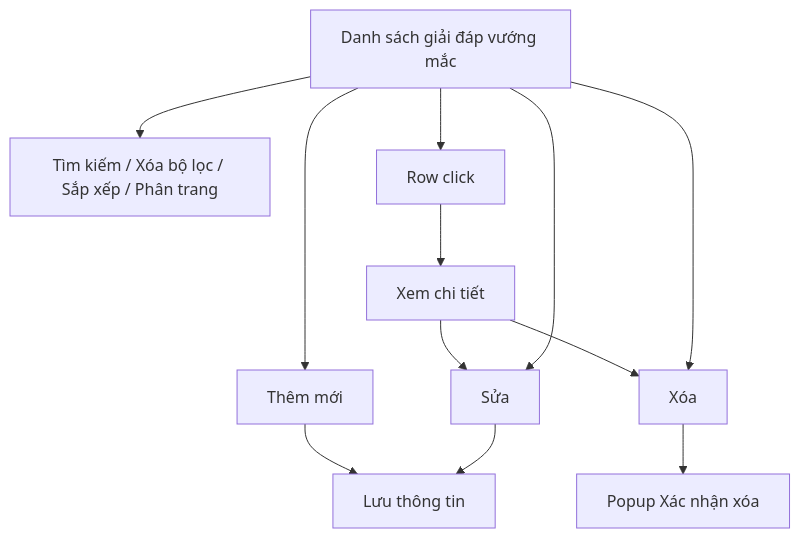
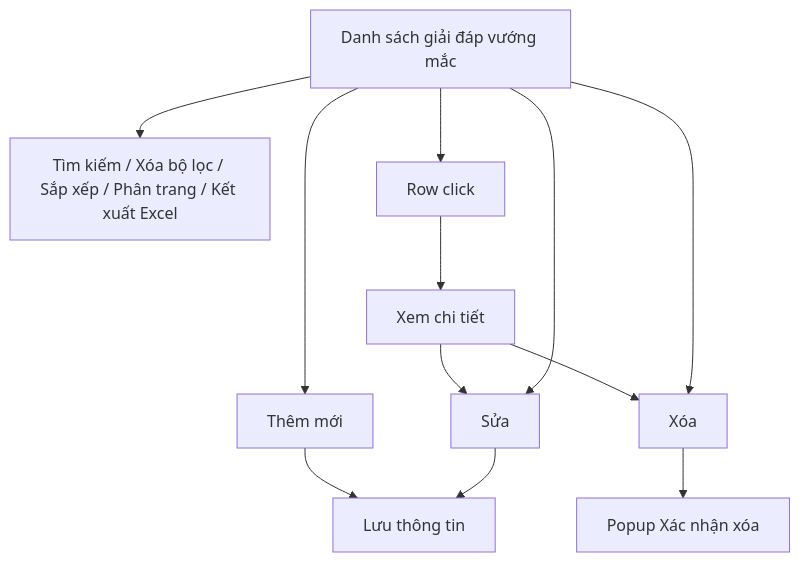
The diagram in Tai_lieu_SRS/03_Website_Quan_tri/03_Cong_tac_boi_thuong/SRS_BTNN_BTP_GiaiDap_VuongMac.md (huyendt2007/BPBD_UI), drawn with Mermaid before and after one commit. The commit also changed other lines of this file and 155 other files, not shown here.

First line of the commit message:
feat(btnn): Kết xuất Excel 16 module, Tài liệu đính kèm, Bị trả lại, E-Form DVC

````diff
--- a/Tai_lieu_SRS/03_Website_Quan_tri/03_Cong_tac_boi_thuong/SRS_BTNN_BTP_GiaiDap_VuongMac.md
+++ b/Tai_lieu_SRS/03_Website_Quan_tri/03_Cong_tac_boi_thuong/SRS_BTNN_BTP_GiaiDap_VuongMac.md
@@ -25,10 +25,10 @@
 ```mermaid
 flowchart TD
-    A[Danh sách giải đáp vướng mắc] --> B[Tìm kiếm / Xóa bộ lọc / Sắp xếp / Phân trang]
+    A[Danh sách giải đáp vướng mắc] --> B[Tìm kiếm / Xóa bộ lọc / Sắp xếp / Phân trang / Kết xuất Excel]
     A --> G[Row click] --> K[Xem chi tiết]
     K --> E
     K --> F
     A --> C[Thêm mới] --> D[Lưu thông tin]
     A --> E[Sửa] --> D
     A --> F[Xóa] --> X[Popup Xác nhận xóa]
 ```
````
